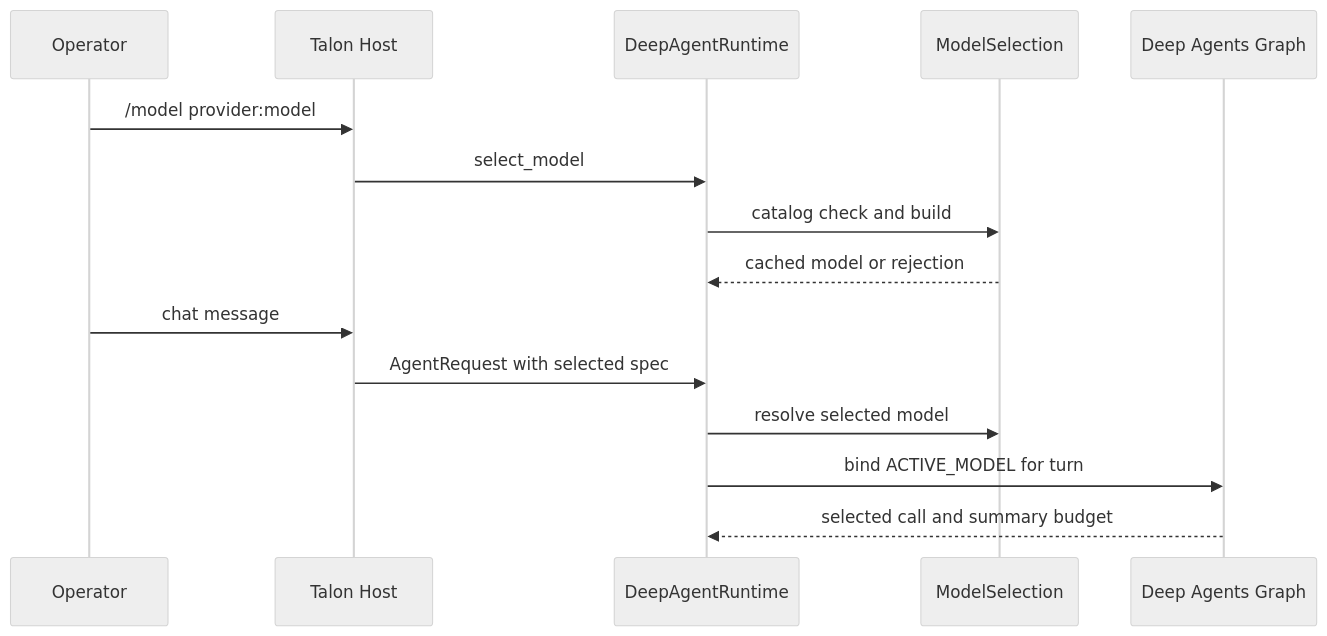
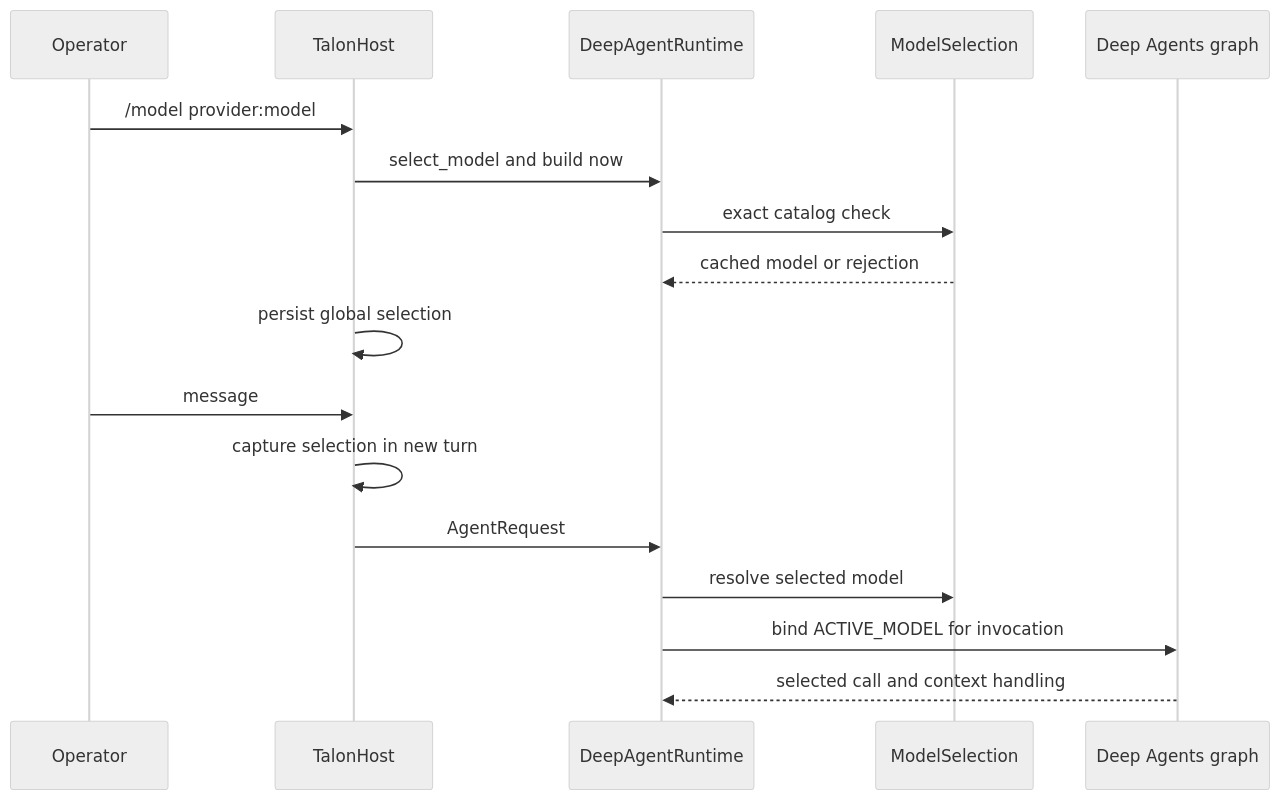
Before and after one commit to langchain-ai/deepagents: the third of 3 diagrams in openwiki/concepts/profiles-models.md, drawn with Mermaid (neutral theme). The commit also changed other lines of this file and 34 other files, not shown here.

````diff
--- a/openwiki/concepts/profiles-models.md
+++ b/openwiki/concepts/profiles-models.md
@@ -156,17 +116,20 @@
 ```mermaid
 sequenceDiagram
     participant Operator
-    participant Host as Talon Host
+    participant Host as TalonHost
     participant Runtime as DeepAgentRuntime
-    participant Selector as ModelSelection
-    participant Graph as Deep Agents Graph
+    participant Selection as ModelSelection
+    participant Graph as Deep Agents graph
+
     Operator->>Host: /model provider:model
-    Host->>Runtime: select_model
-    Runtime->>Selector: catalog check and build
-    Selector-->>Runtime: cached model or rejection
-    Operator->>Host: chat message
-    Host->>Runtime: AgentRequest with selected spec
-    Runtime->>Selector: resolve selected model
-    Runtime->>Graph: bind ACTIVE_MODEL for turn
-    Graph-->>Runtime: selected call and summary budget
+    Host->>Runtime: select_model and build now
+    Runtime->>Selection: exact catalog check
+    Selection-->>Runtime: cached model or rejection
+    Host->>Host: persist global selection
+    Operator->>Host: message
+    Host->>Host: capture selection in new turn
+    Host->>Runtime: AgentRequest
+    Runtime->>Selection: resolve selected model
+    Runtime->>Graph: bind ACTIVE_MODEL for invocation
+    Graph-->>Runtime: selected call and context handling
 ```
````
